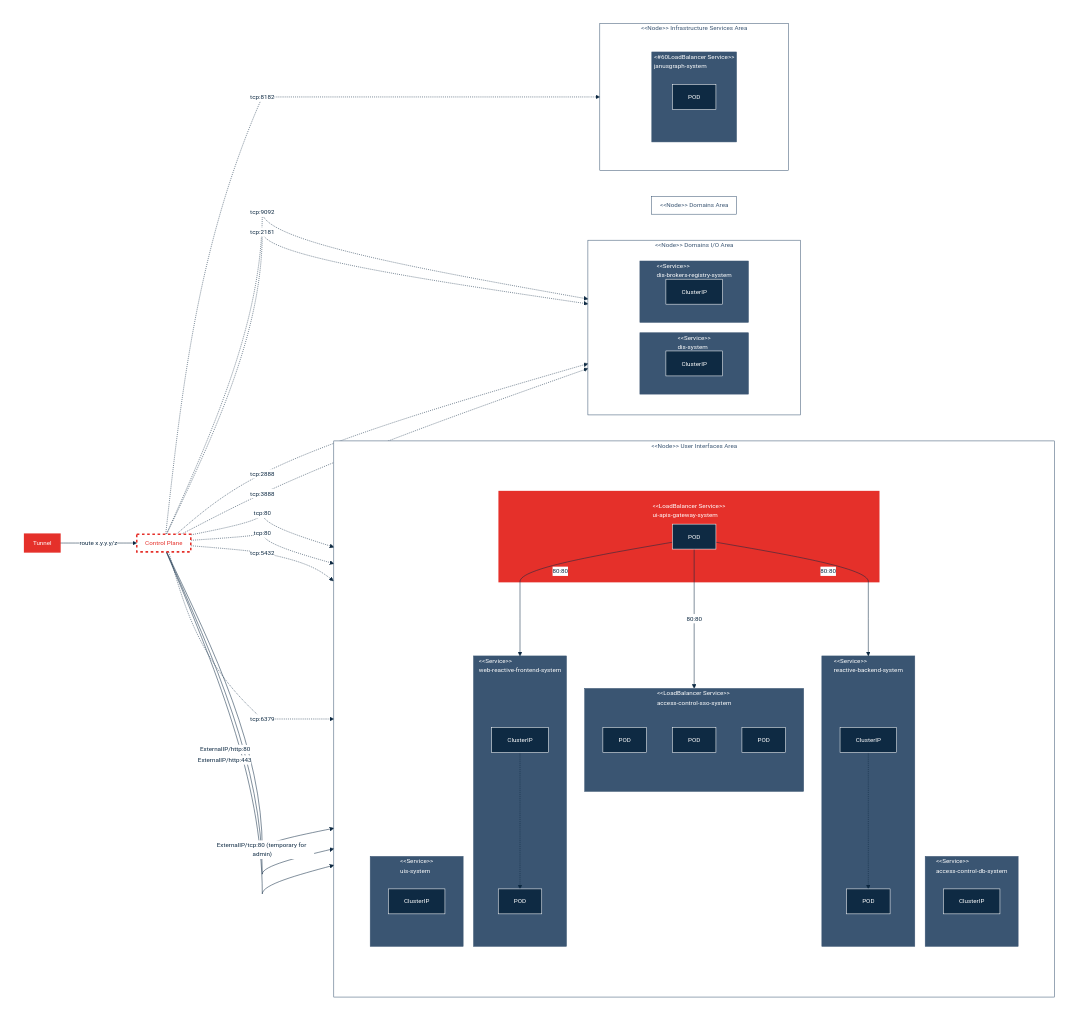
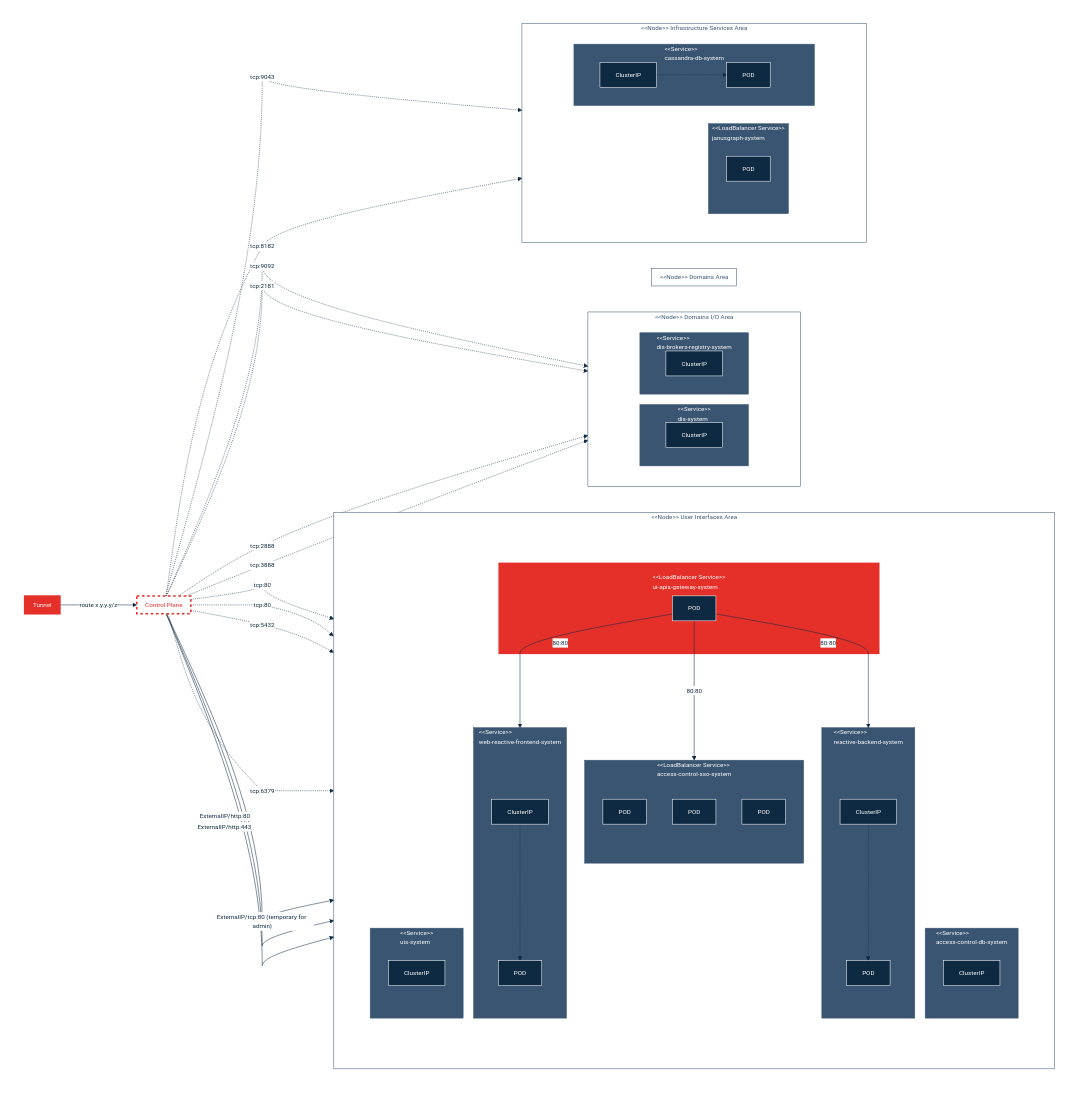
The second of 2 diagrams in cybnity-platform/README.md (cybnity/iac-helm-charts), drawn with Mermaid before and after one commit. The commit also changed 3 other files, not shown here.

Commit message:
increasing of github action plugins versions; documentation refactoring; janusgraph/cassandra naming convention

```diff
--- a/cybnity-platform/README.md
+++ b/cybnity-platform/README.md
@@ -258,7 +258,7 @@
             clusterip4["ClusterIP"]
             pod2["POD"]
          end
-         subgraph service3[" #60;#60;LoadBalancer Service#62;#62; \n access-control-sso-system "]
+         subgraph service3[" #60;#60;LoadBalancer Service#62;#62; \n access-control-sso-system \n"]
             pod3["POD"]
             pod4["POD"]
             pod5["POD"]
@@ -290,8 +290,12 @@
      subgraph is[" #60;#60;Node#62;#62; Infrastructure Services Area "]
          direction LR
          subgraph inflayer1[" "]
-            subgraph service9[" #60;#60LoadBalancer Service#62;#62; \n janusgraph-system"]
-            pod6["POD"]
+            subgraph service9[" #60;#60;LoadBalancer Service#62;#62; \n janusgraph-system \n"]
+               pod6["POD"]
+            end
+            subgraph service10[" #60;#60;Service#62;#62; \n cassandra-db-system \n"]
+               clusterip7["ClusterIP"]
+               pod7["POD"]
             end
          end
      end
@@ -312,6 +316,7 @@
   controlplane -. "tcp:2888" .-> clusterip6
   controlplane -. "tcp:3888" .-> clusterip6
   controlplane -. "tcp:8182" .-> service9
+  controlplane -. "tcp:9043" .-> clusterip7 -.-> pod7
   
   classDef red fill:#e5302a, stroke:#e5302a, color:#fff, stroke-width:3px
   classDef medium fill:#fff, stroke:#3a5572, color:#3a5572
@@ -320,9 +325,9 @@
   classDef reddot fill:#fff, stroke:#e5302a, color:#e5302a, stroke-dasharray: 5 5, stroke-width:3px
   classDef dark fill:#0e2a43, stroke:#fff, color:#fff
   classDef internalconfig fill:#0e2a43, stroke:#fff, color:#fff
-  class service1,service2,service3,service4,service5,service6,service7,service9 mediumfill;
+  class service1,service2,service3,service4,service5,service6,service7,service9,service10 mediumfill;
   class ui,di,da,is medium;
-  class pod1,pod2,pod3,pod4,pod5,pod6,podproxy1,clusterip1,clusterip2,clusterip3,clusterip4,clusterip5,clusterip6 dark;
+  class pod1,pod2,pod3,pod4,pod5,pod6,pod7,podproxy1,clusterip1,clusterip2,clusterip3,clusterip4,clusterip5,clusterip6,clusterip7 dark;
   class tunnel,service8 red;
   class controlplane reddot;
 
```
